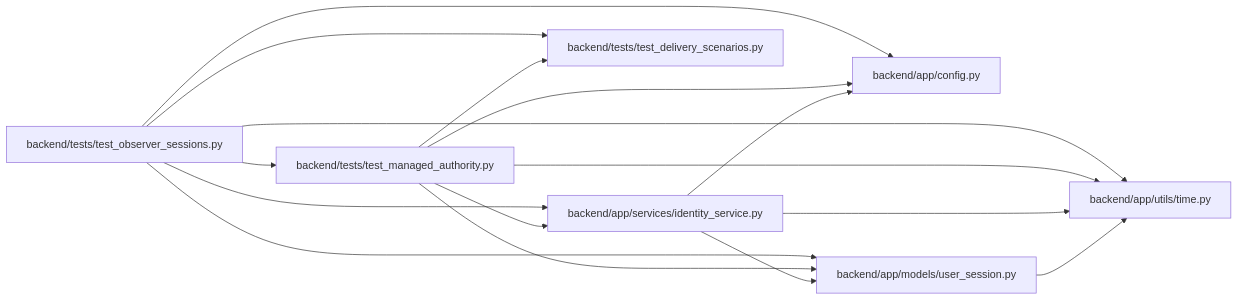
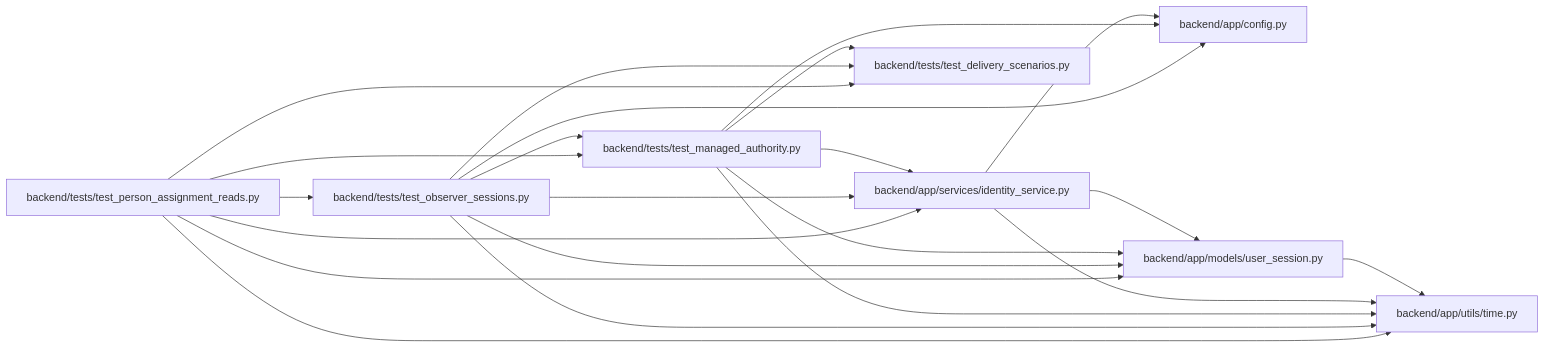
Before and after one commit to Denissvgn/WorkChord: the diagram in docs/llm_wiki/modules/test_observer_sessions.md, drawn with Mermaid. The commit also changed other lines of this file and 853 other files, not shown here.

````diff
--- a/docs/llm_wiki/modules/test_observer_sessions.md
+++ b/docs/llm_wiki/modules/test_observer_sessions.md
@@ -30,32 +30,40 @@
 ```mermaid
 flowchart LR
     n0["backend/app/config.py"]
     n1["backend/app/models/user_session.py"]
     n2["backend/app/services/identity_service.py"]
     n3["backend/app/utils/time.py"]
     n4["backend/tests/test_delivery_scenarios.py"]
     n5["backend/tests/test_managed_authority.py"]
     n6["backend/tests/test_observer_sessions.py"]
+    n7["backend/tests/test_person_assignment_reads.py"]
     n1 --> n3
     n2 --> n0
     n2 --> n1
     n2 --> n3
     n5 --> n0
     n5 --> n1
     n5 --> n2
     n5 --> n3
     n5 --> n4
     n6 --> n0
     n6 --> n1
     n6 --> n2
     n6 --> n3
     n6 --> n4
     n6 --> n5
+    n7 --> n1
+    n7 --> n2
+    n7 --> n3
+    n7 --> n4
+    n7 --> n5
+    n7 --> n6
     click n0 "../modules/config.md"
     click n1 "../modules/user_session.md"
     click n2 "../modules/identity_service.md"
     click n3 "../modules/time.md"
     click n4 "../modules/test_delivery_scenarios.md"
     click n5 "../modules/test_managed_authority.md"
     click n6 "../modules/test_observer_sessions.md"
+    click n7 "../modules/test_person_assignment_reads.md"
 ```
````
